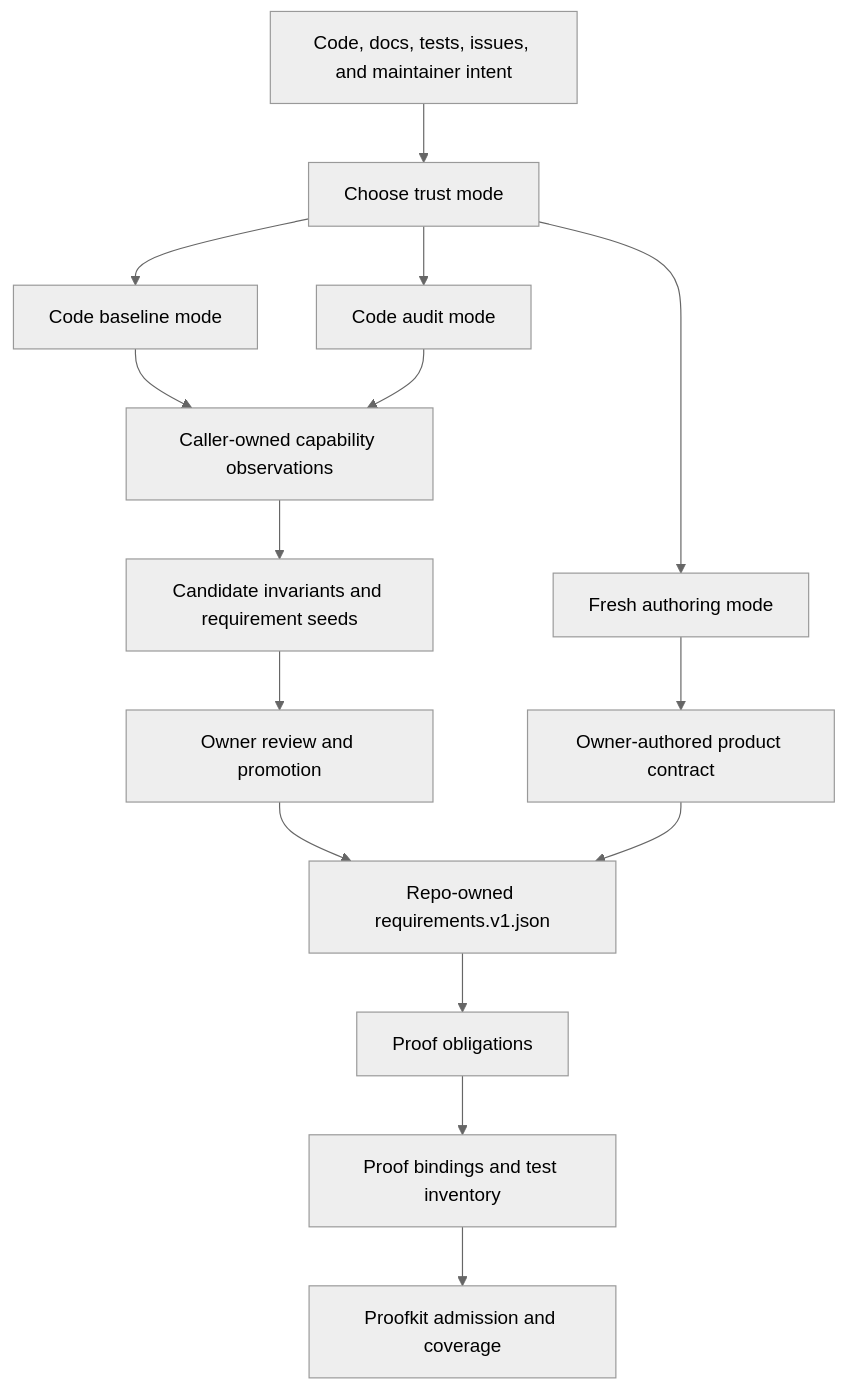
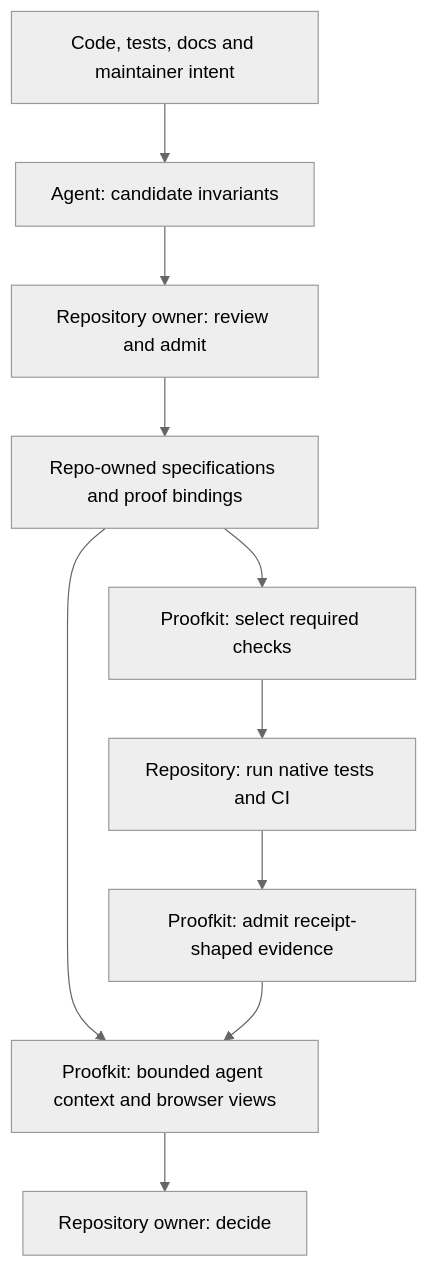
The diagram in README.md (research-engineering/agentic-proofkit), drawn with Mermaid (neutral theme) before and after one commit. The commit also changed other lines of this file and 12 other files, not shown here.

````diff
--- a/README.md
+++ b/README.md
@@ -150,17 +44,12 @@
 ```mermaid
 flowchart TB
-    Start["Code, docs, tests, issues, and maintainer intent"] --> Mode["Choose trust mode"]
-    Mode --> Fresh["Fresh authoring mode"]
-    Mode --> Baseline["Code baseline mode"]
-    Mode --> Audit["Code audit mode"]
-    Fresh --> Contract["Owner-authored product contract"]
-    Baseline --> Observations["Caller-owned capability observations"]
-    Audit --> Observations
-    Observations --> Seeds["Candidate invariants and requirement seeds"]
-    Seeds --> Review["Owner review and promotion"]
-    Review --> Specs["Repo-owned requirements.v1.json"]
-    Contract --> Specs
-    Specs --> Obligations["Proof obligations"]
-    Obligations --> Evidence["Proof bindings and test inventory"]
-    Evidence --> Admission["Proofkit admission and coverage"]
+    Observations["Code, tests, docs and maintainer intent"] --> Candidates["Agent: candidate invariants"]
+    Candidates --> Review["Repository owner: review and admit"]
+    Review --> Specs["Repo-owned specifications and proof bindings"]
+    Specs --> Checks["Proofkit: select required checks"]
+    Checks --> Native["Repository: run native tests and CI"]
+    Native --> Evidence["Proofkit: admit receipt-shaped evidence"]
+    Specs --> Views["Proofkit: bounded agent context and browser views"]
+    Evidence --> Views
+    Views --> Decision["Repository owner: decide"]
 ```
````
